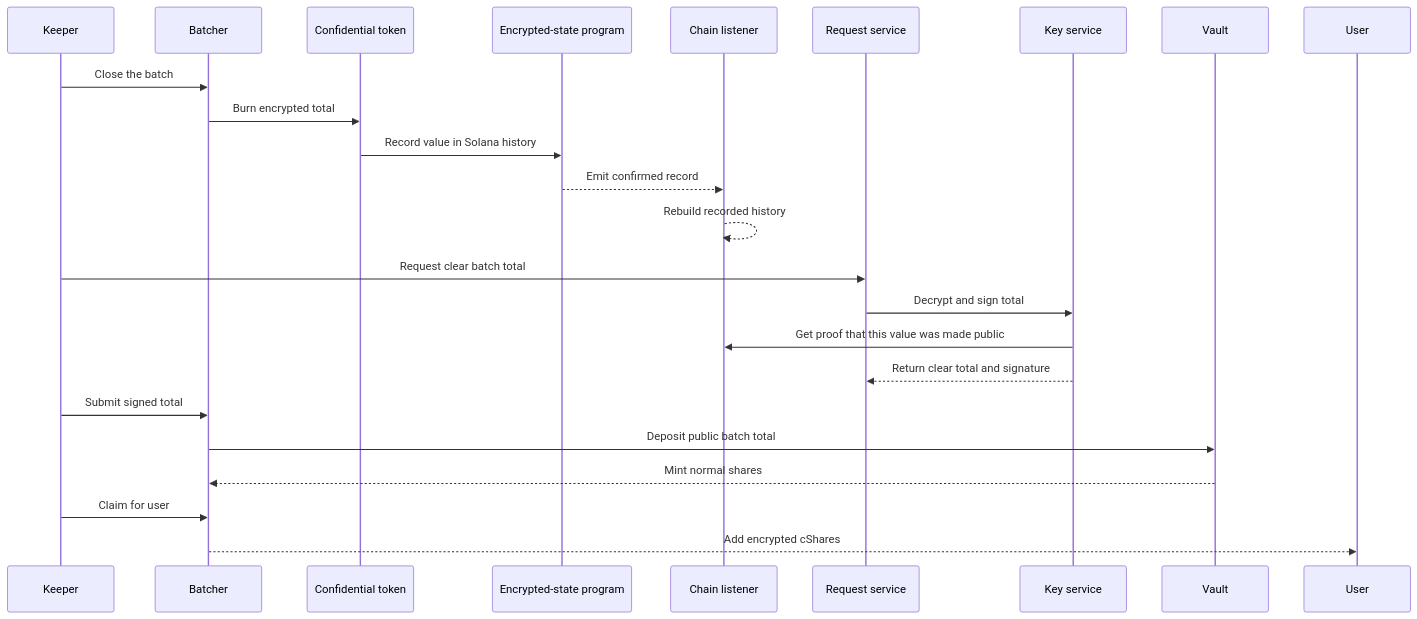
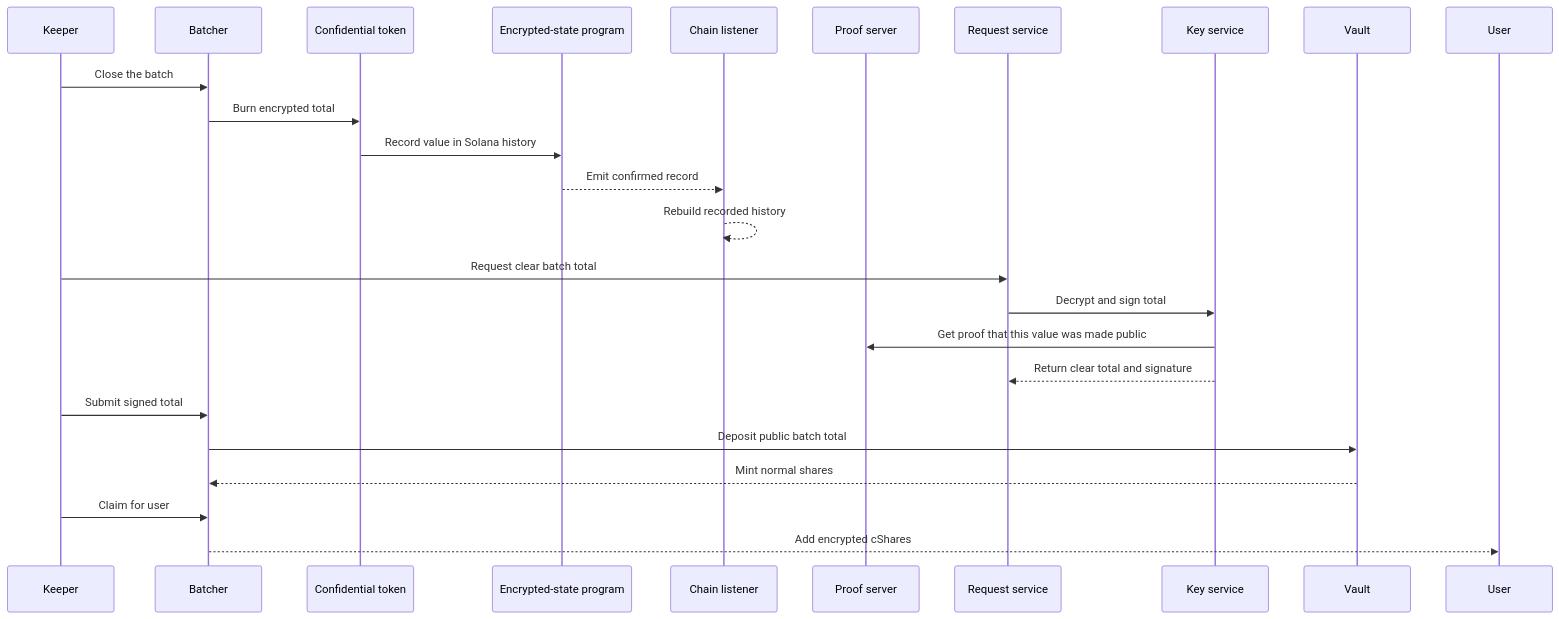
Before and after one commit to zama-ai/fhevm: the fifth of 5 diagrams in solana/demo-dapp/README.md, drawn with Mermaid. The commit also changed other lines of this file and 9 other files, not shown here.

````diff
--- a/solana/demo-dapp/README.md
+++ b/solana/demo-dapp/README.md
@@ -164,27 +164,28 @@
 ```mermaid
 sequenceDiagram
     participant Keeper
     participant Batch as Batcher
     participant Token as Confidential token
     participant Host as Encrypted-state program
     participant Listener as Chain listener
+    participant Proofs as Proof server
     participant Relayer as Request service
     participant Keys as Key service
     participant Vault
     participant User
 
     Keeper->>Batch: Close the batch
     Batch->>Token: Burn encrypted total
     Token->>Host: Record value in Solana history
     Host-->>Listener: Emit confirmed record
     Listener-->>Listener: Rebuild recorded history
     Keeper->>Relayer: Request clear batch total
     Relayer->>Keys: Decrypt and sign total
-    Keys->>Listener: Get proof that this value was made public
+    Keys->>Proofs: Get proof that this value was made public
     Keys-->>Relayer: Return clear total and signature
     Keeper->>Batch: Submit signed total
     Batch->>Vault: Deposit public batch total
     Vault-->>Batch: Mint normal shares
     Keeper->>Batch: Claim for user
     Batch-->>User: Add encrypted cShares
 ```
````
